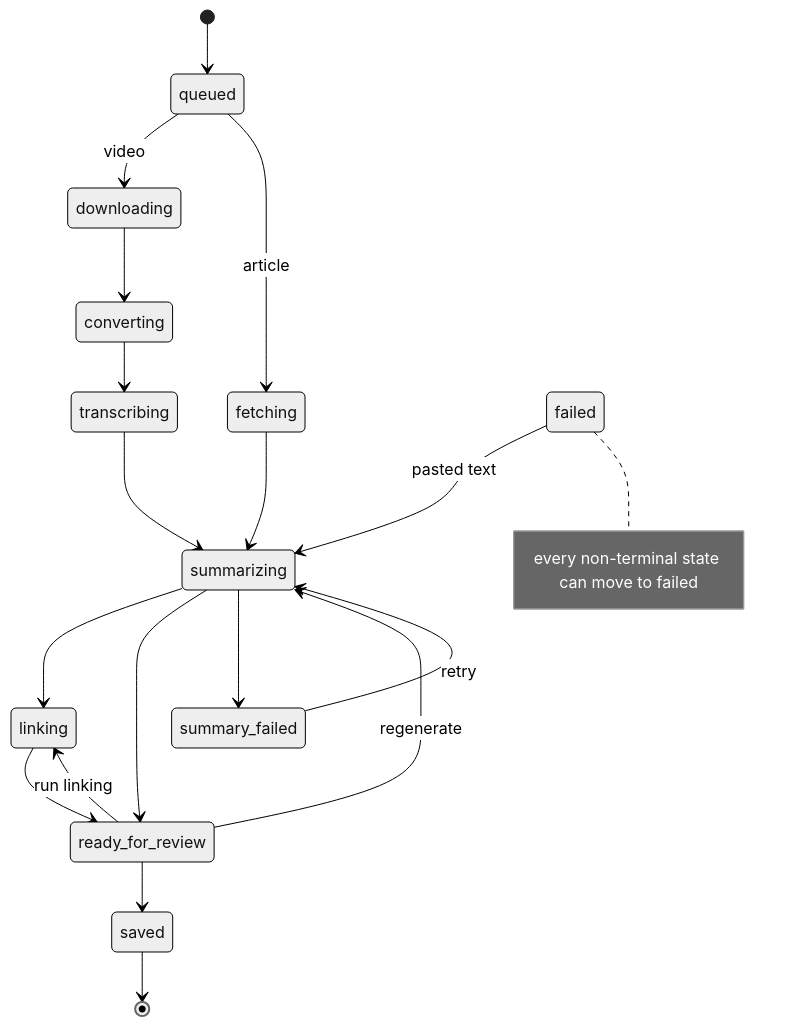
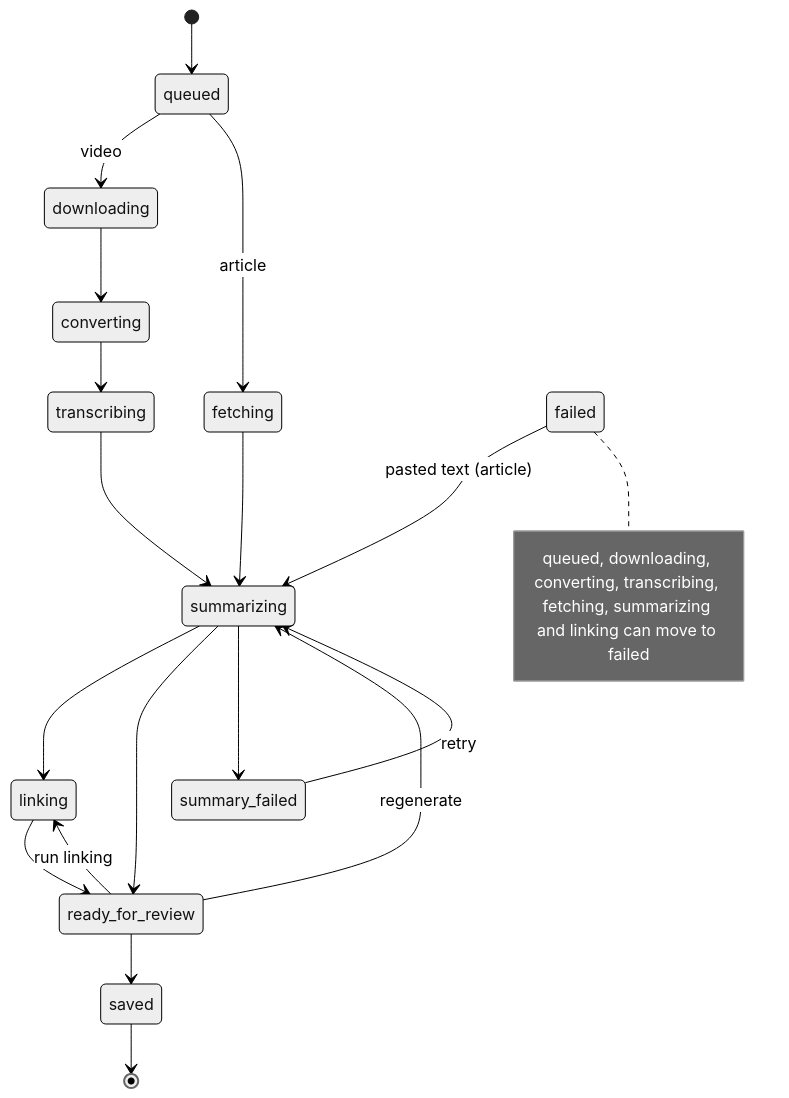
One commit to recursive-reshy/mnemosyne changed the first of 2 diagrams in docs/decisions/0048-job-lifecycle-table.md. Above: the diagram before and after it, drawn with Mermaid (neutral theme). The commit also changed other lines of this file and 4 other files, not shown here.

````diff
--- a/docs/decisions/0048-job-lifecycle-table.md
+++ b/docs/decisions/0048-job-lifecycle-table.md
@@ -20,21 +39,21 @@
 ```mermaid
 stateDiagram-v2
   [*] --> queued
   queued --> downloading: video
   downloading --> converting
   converting --> transcribing
   transcribing --> summarizing
   queued --> fetching: article
   fetching --> summarizing
   summarizing --> linking
   summarizing --> ready_for_review
   summarizing --> summary_failed
   linking --> ready_for_review
   summary_failed --> summarizing: retry
   ready_for_review --> summarizing: regenerate
   ready_for_review --> linking: run linking
   ready_for_review --> saved
-  failed --> summarizing: pasted text
+  failed --> summarizing: pasted text (article)
   saved --> [*]
-  note right of failed: every non-terminal state can move to failed
+  note right of failed: queued, downloading, converting, transcribing, fetching, summarizing and linking can move to failed
 ```
````
